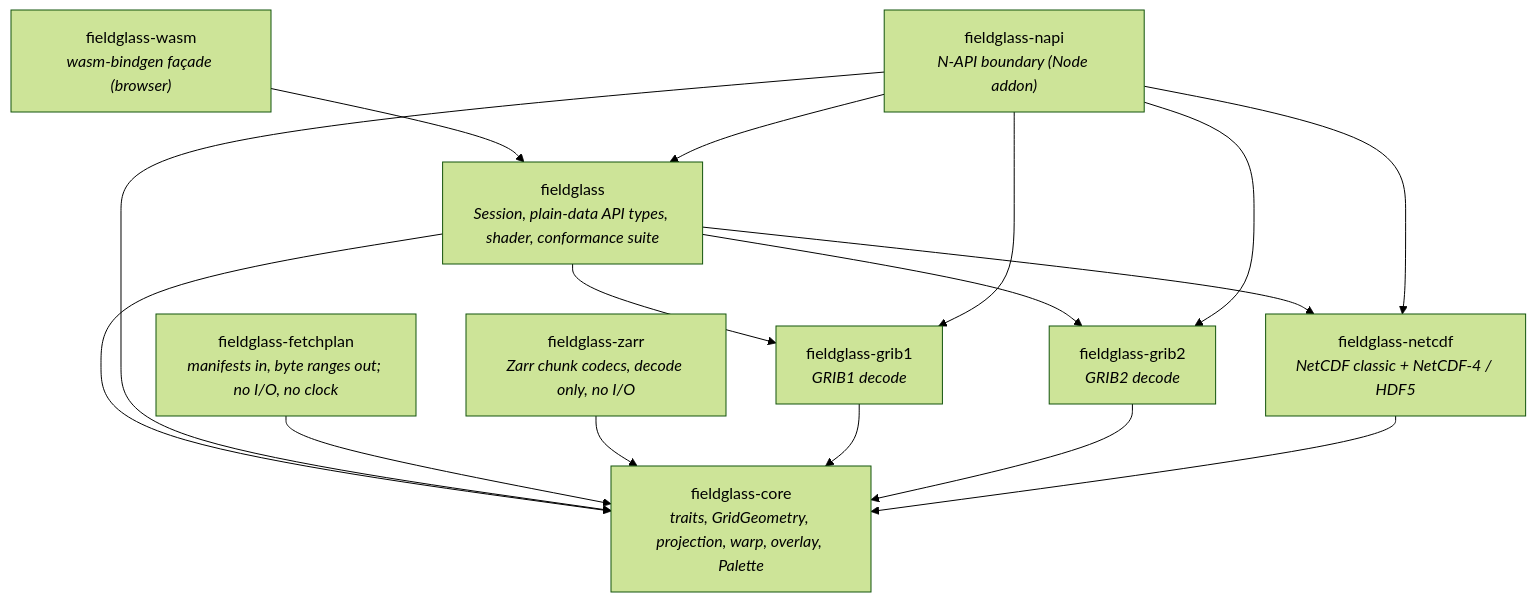
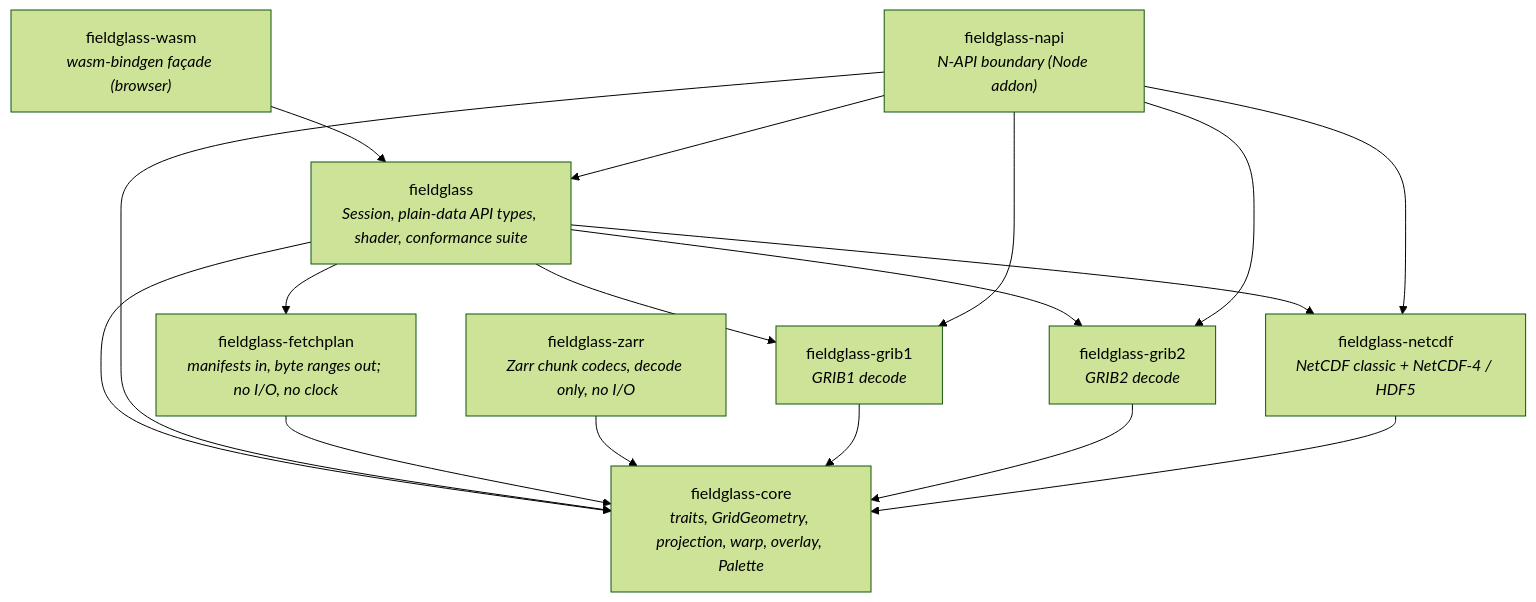
One commit to D0ubleD0uble/fieldglass changed the diagram in docs/architecture/01-crates.md. Above: the diagram before and after it, drawn with Mermaid (forest theme). The commit also changed other lines of this file and 18 other files, not shown here.

First line of the commit message:
docs(architecture): the workspace is described as layers, under ADR-0010

````diff
--- a/docs/architecture/01-crates.md
+++ b/docs/architecture/01-crates.md
@@ -18,28 +18,29 @@
 ```mermaid
 flowchart TD
     napi["fieldglass-napi<br/><i>N-API boundary (Node addon)</i>"]
     wasm["fieldglass-wasm<br/><i>wasm-bindgen façade (browser)</i>"]
     fieldglass["fieldglass<br/><i>Session, plain-data API types, shader, conformance suite</i>"]
     grib1["fieldglass-grib1<br/><i>GRIB1 decode</i>"]
     grib2["fieldglass-grib2<br/><i>GRIB2 decode</i>"]
     netcdf["fieldglass-netcdf<br/><i>NetCDF classic + NetCDF-4 / HDF5</i>"]
     core["fieldglass-core<br/><i>traits, GridGeometry, projection, warp, overlay, Palette</i>"]
     fetchplan["fieldglass-fetchplan<br/><i>manifests in, byte ranges out; no I/O, no clock</i>"]
     zarr["fieldglass-zarr<br/><i>Zarr chunk codecs, decode only, no I/O</i>"]
 
     wasm --> fieldglass
     fieldglass --> grib1
     fieldglass --> grib2
     fieldglass --> netcdf
     fieldglass --> core
+    fieldglass --> fetchplan
     napi --> fieldglass
     napi --> grib1
     napi --> grib2
     napi --> netcdf
     napi --> core
     fetchplan --> core
     zarr --> core
     grib1 --> core
     grib2 --> core
     netcdf --> core
 ```
````
